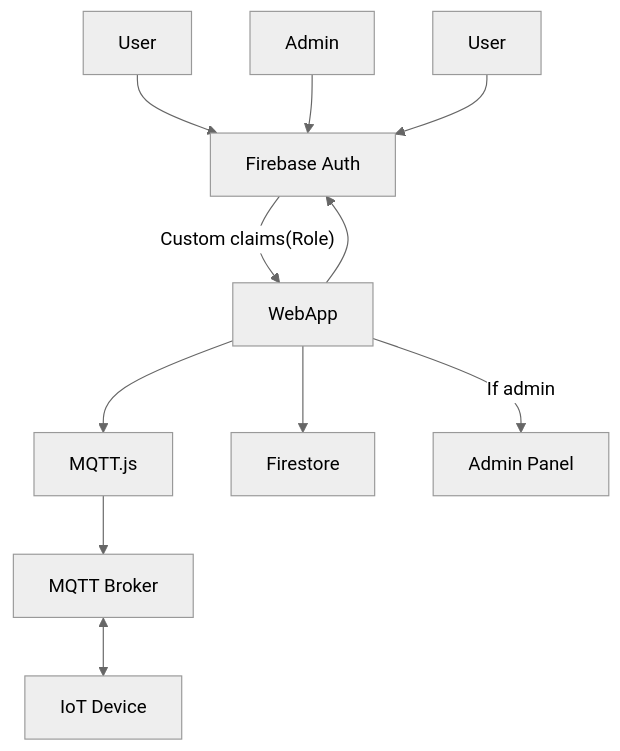
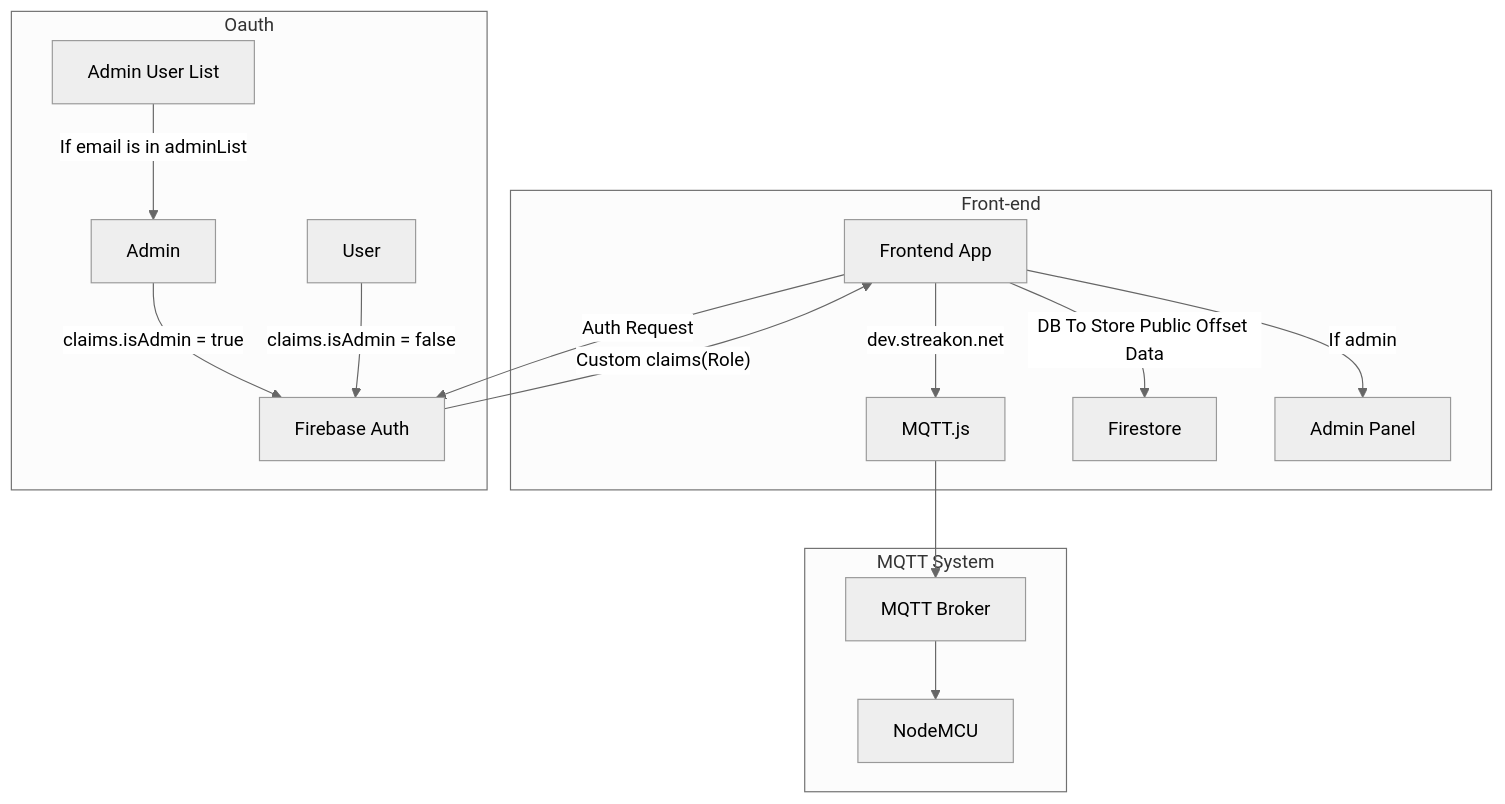
One commit to CuriosityWeekends/TemPro changed the diagram in architechure.md. Above: the diagram before and after it, drawn with Mermaid (neutral theme).

````diff
--- a/architechure.md
+++ b/architechure.md
@@ -3,18 +3,30 @@
 ```mermaid
-graph TD
+flowchart TD
+ subgraph s1["MQTT System"]
+        Broker["MQTT Broker"]
+        IoT["NodeMCU"]
+  end
+ subgraph s2["Front-end"]
+        WebApp["Frontend App"]
+        MQTTClient["MQTT.js"]
+        Firestore["Firestore"]
+        AdminPanel["Admin Panel"]
+  end
+ subgraph s3["Oauth"]
+        AdminUser["Admin"]
+        FirebaseAuth["Firebase Auth"]
+        RegularUser["User"]
+        n1["Admin User List"]
+  end
+    AdminUser -- "claims.isAdmin = true" --> FirebaseAuth
+    RegularUser -- "<span style=padding-left:>claims.isAdmin = false</span>" --> FirebaseAuth
+    FirebaseAuth -- Custom claims(Role) --> WebApp
+    WebApp -- "dev.streakon.net" --> MQTTClient
+    WebApp -- Auth Request --> FirebaseAuth
+    WebApp -- DB To Store Public Offset Data --> Firestore
+    WebApp -- If admin --> AdminPanel
+    n1 -- If email is in adminList --> AdminUser
+    MQTTClient --> Broker
+    Broker --> IoT
 
-FirebaseAuth["Frontend App"]
-User --> FirebaseAuth["Firebase Auth"]
-
-WebApp --> MQTTClient["MQTT.js"]
-MQTTClient --> Broker["MQTT Broker"]
-Broker <--> IoT["IoT Device"]
-WebApp --> FirebaseAuth
-WebApp --> Firestore["Firestore"]
-
-AdminUser["Admin"] --> FirebaseAuth
-RegularUser["User"] --> FirebaseAuth
-
-FirebaseAuth -->|"Custom claims(Role)"| WebApp
-WebApp -->|If admin| AdminPanel["Admin Panel"]
 ```
````
